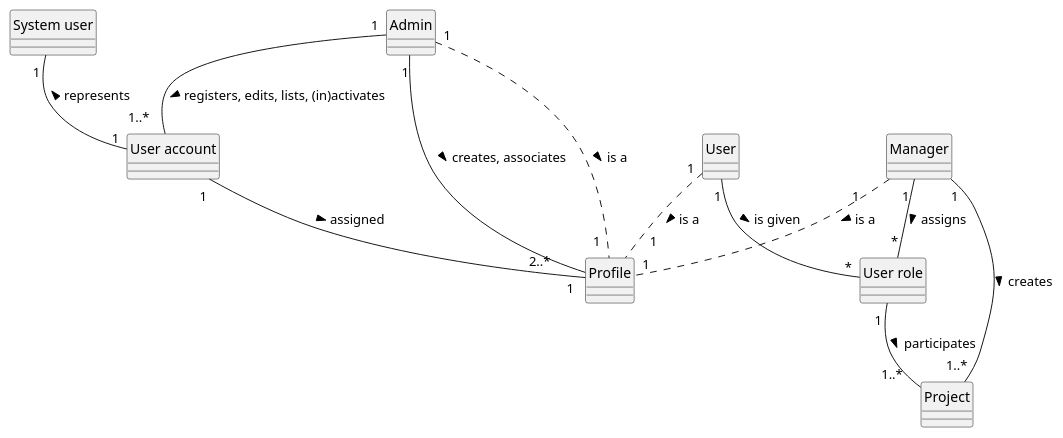
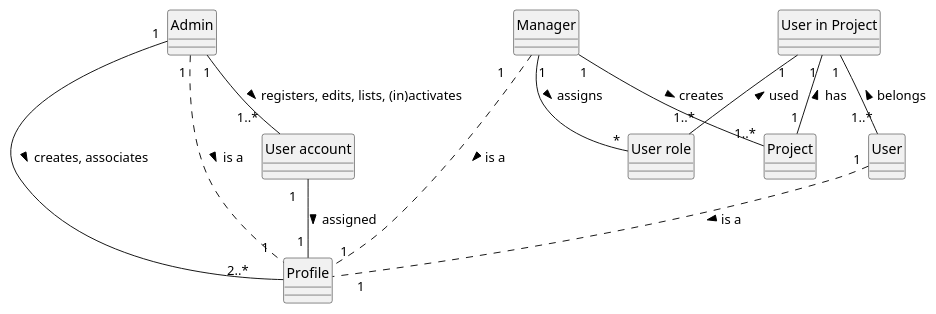
Before and after one commit to ivo-menezes/project_g3: the diagram in docs/modelling_design/domain_model_diagram/domain_model_diagram.puml, drawn with PlantUML.

Commit message:
Domain model: Analysis: Corrections to draft

```diff
--- a/docs/modelling_design/domain_model_diagram/domain_model_diagram.puml
+++ b/docs/modelling_design/domain_model_diagram/domain_model_diagram.puml
@@ -1,25 +1,25 @@
 @startuml
 skinparam style strictuml
 
 Entity Admin
 Class "User account"
 Class Profile
 Class Manager
 Class User
 Class "User role"
 Class Project
-Class "System user"
+Class "User in Project"
 
 
 Admin "1" -- "1..*   " "User account": registers, edits, lists, (in)activates >
 Admin "1" -- "2..*        " Profile: creates, associates >
 Admin "1 " .. "1  " Profile: is a >
-"System user" "1 " -- "1" "User account": represents <
 Manager "1      ".."1" Profile: is a >
 Manager "1 " -- "*" "User role" : assigns >
 User "1" .. "     1" Profile: is a >
-User "1"-- "*" "User role": is given >
 "User account" "1   "--"1 " Profile: assigned >
 Manager "1"-- "1..*" Project: creates >
-"User role" "1 " -- "1..*   " Project: participates >
+"User in Project" "1 " -- "1..*" User: belongs <
+"User in Project" "1 " -- "1..*" "User role": used <
+"User in Project" "1 " -- "1" Project : has <
 @enduml
```
